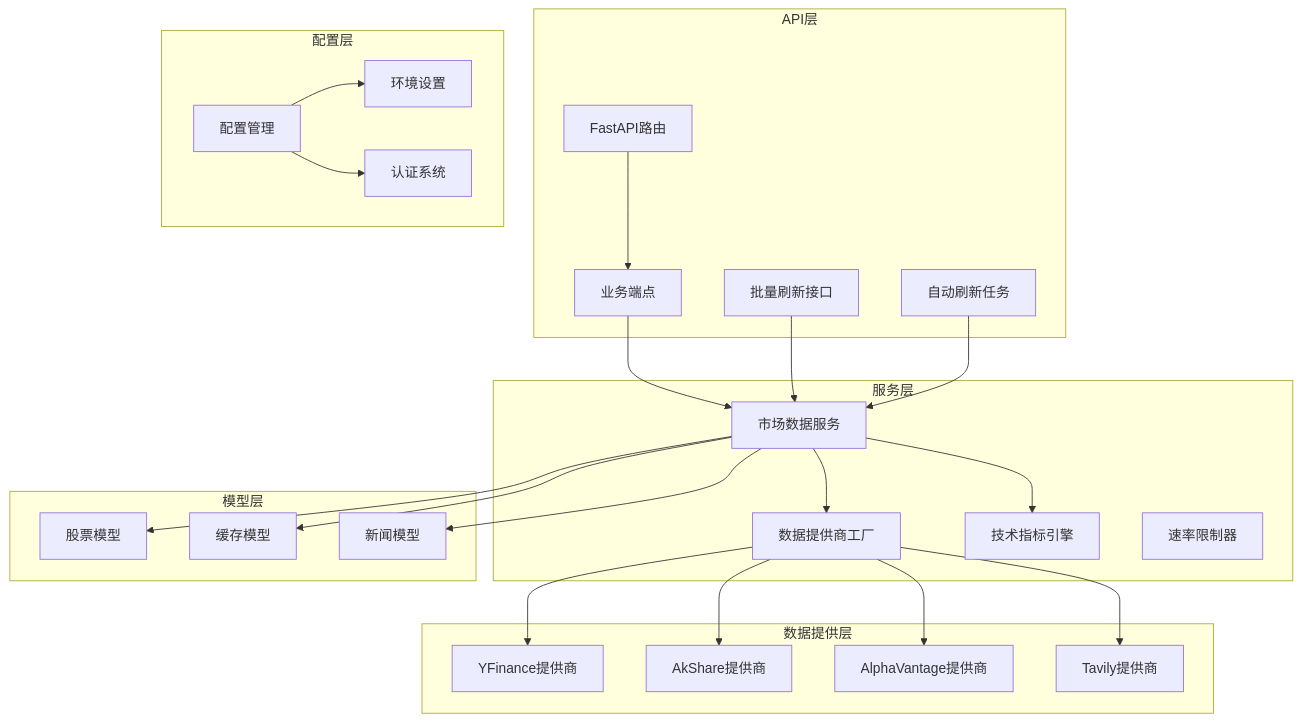
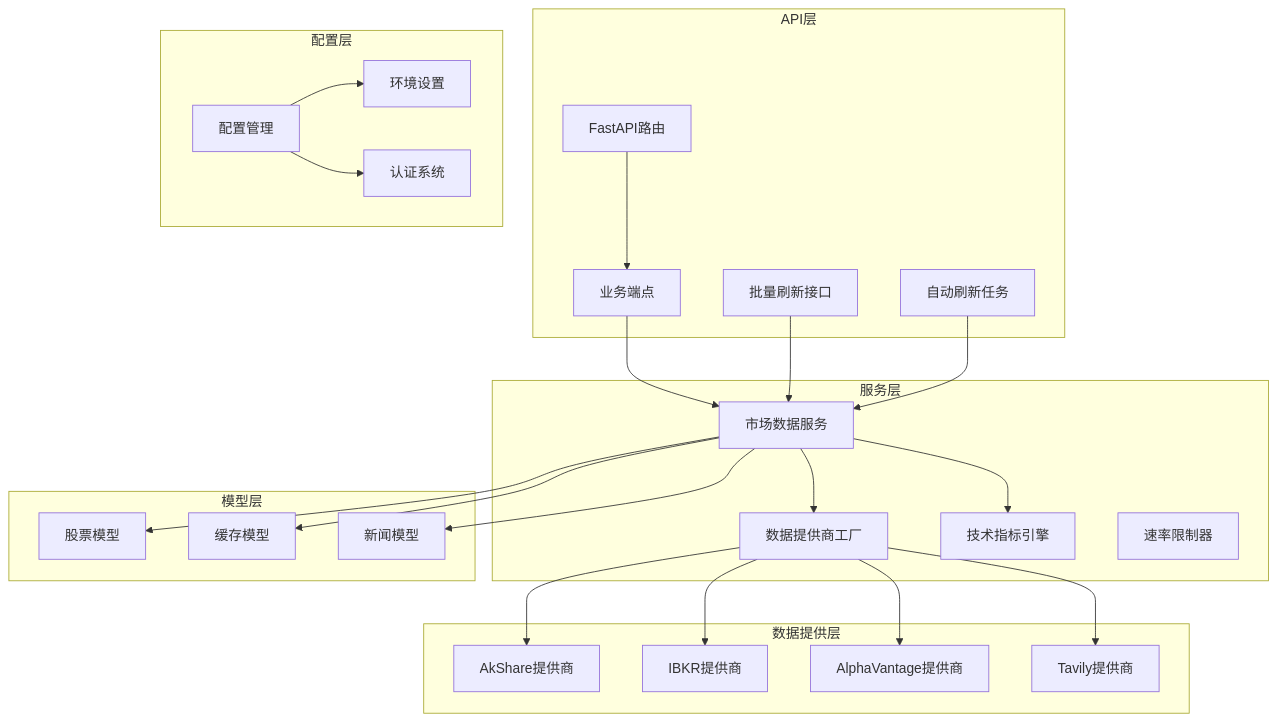
One commit to breeze-lyf/ai-stock-advisor changed the first of 14 diagrams in .qoder/repowiki/zh/content/后端开发指南/业务服务实现/市场数据提供商架构.md. Above: the diagram before and after it, drawn with Mermaid. The commit also changed other lines of this file and 43 other files, not shown here.

````diff
--- a/.qoder/repowiki/zh/content/后端开发指南/业务服务实现/市场数据提供商架构.md
+++ b/.qoder/repowiki/zh/content/后端开发指南/业务服务实现/市场数据提供商架构.md
@@ -75,46 +85,46 @@
 ```mermaid
 graph TB
 subgraph "API层"
 API[FastAPI路由]
 Endpoints[业务端点]
 RefreshAll[批量刷新接口]
 AutoRefresh[自动刷新任务]
 end
 subgraph "服务层"
 MarketService[市场数据服务]
 ProviderFactory[数据提供商工厂]
 Indicators[技术指标引擎]
 RateLimiter[速率限制器]
 end
 subgraph "数据提供层"
-YF[YFinance提供商]
 AK[AkShare提供商]
+IB[IBKR提供商]
 AV[AlphaVantage提供商]
 TV[Tavily提供商]
 end
 subgraph "模型层"
 StockModel[股票模型]
 CacheModel[缓存模型]
 NewsModel[新闻模型]
 end
 subgraph "配置层"
 Config[配置管理]
 Settings[环境设置]
 Auth[认证系统]
 end
 API --> Endpoints
 Endpoints --> MarketService
 RefreshAll --> MarketService
 AutoRefresh --> MarketService
 MarketService --> ProviderFactory
-ProviderFactory --> YF
 ProviderFactory --> AK
+ProviderFactory --> IB
 ProviderFactory --> AV
 ProviderFactory --> TV
 MarketService --> Indicators
 MarketService --> StockModel
 MarketService --> CacheModel
 MarketService --> NewsModel
 Config --> Settings
 Config --> Auth
 ```
````
